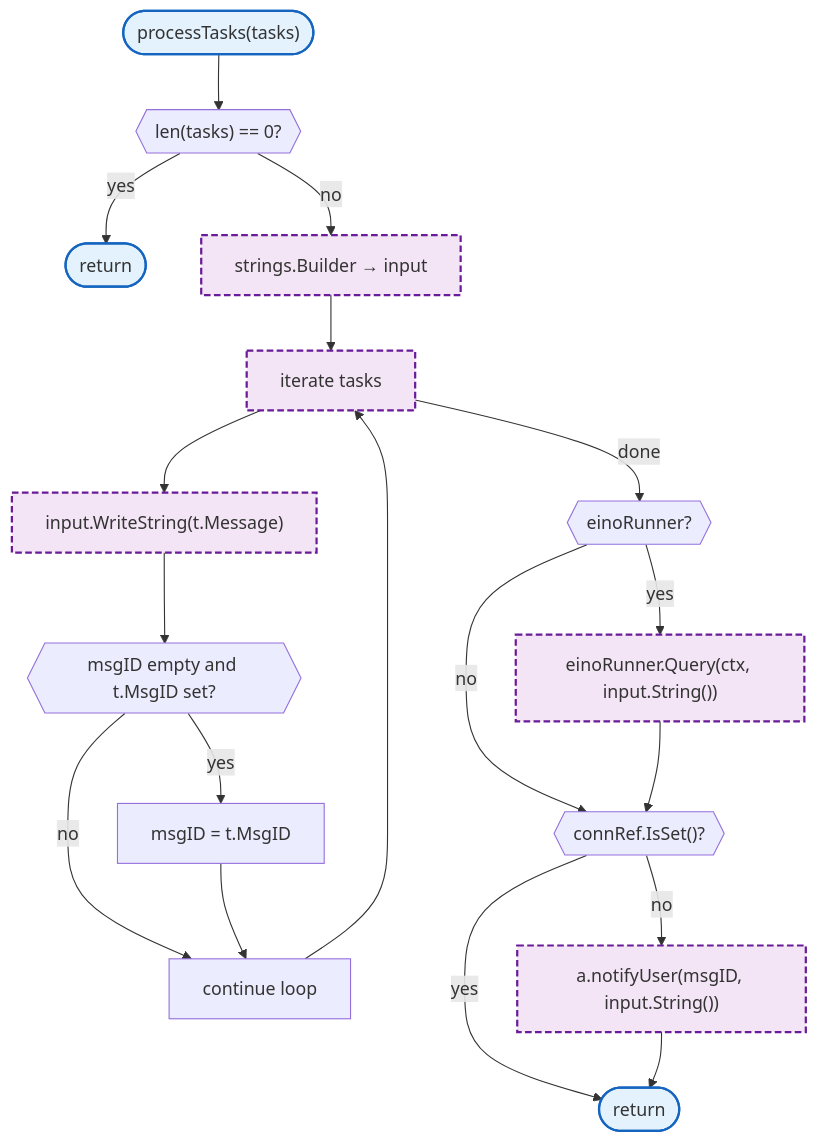
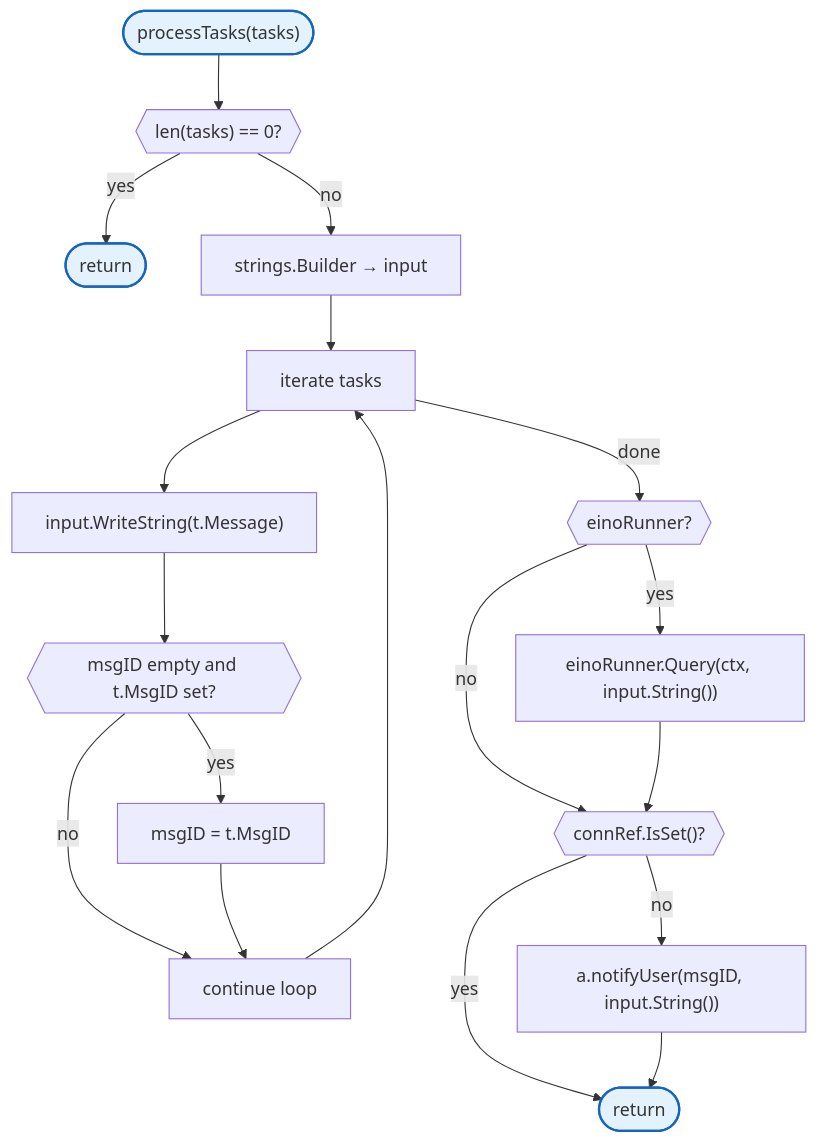
Before and after one commit to radch-ai/ava: the sixth of 7 diagrams in docs/internal/agent/README.md, drawn with Mermaid. The commit also changed other lines of this file and 2 other files, not shown here.

````diff
--- a/docs/internal/agent/README.md
+++ b/docs/internal/agent/README.md
@@ -149,26 +171,24 @@
 ```mermaid
 flowchart TB
     Start(["processTasks(tasks)"]) --> CheckLen{{"len(tasks) == 0?"}}
     CheckLen -->|yes| Return(["return"])
     CheckLen -->|no| BuildInput["strings.Builder → input"]
     BuildInput --> ForTasks["iterate tasks"]
     ForTasks --> AppendMsg["input.WriteString(t.Message)"]
     AppendMsg --> CheckMsgID{{"msgID empty and t.MsgID set?"}}
     CheckMsgID -->|yes| SetMsgID["msgID = t.MsgID"]
     CheckMsgID -->|no| LoopNext
     SetMsgID --> LoopNext["continue loop"]
     LoopNext --> ForTasks
     ForTasks -->|done| CheckRunner{{"einoRunner?"}}
     CheckRunner -->|yes| Query["einoRunner.Query(ctx, input.String())"]
     CheckRunner -->|no| CheckConn
     Query --> CheckConn{{"connRef.IsSet()?"}}
     CheckConn -->|no| NotifyUser["a.notifyUser(msgID, input.String())"]
     CheckConn -->|yes| Return2(["return"])
     NotifyUser --> Return2
 
     classDef mainFn fill:#e3f2fd,stroke:#1565c0,stroke-width:2px
-    classDef internalFn fill:#f3e5f5,stroke:#6a1b9a,stroke-width:2px,stroke-dasharray:6 3
 
     class Start,Return,Return2 mainFn
-    class BuildInput,ForTasks,AppendMsg,Query,NotifyUser internalFn
 ```
````
